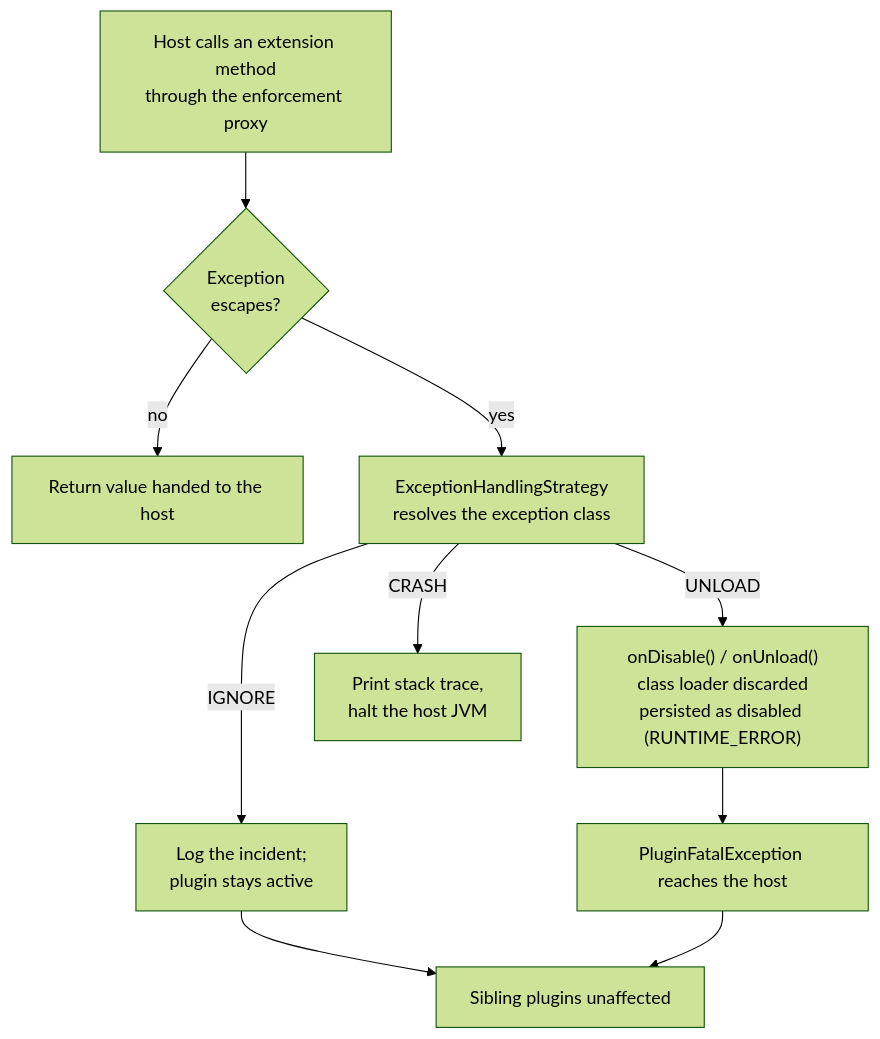
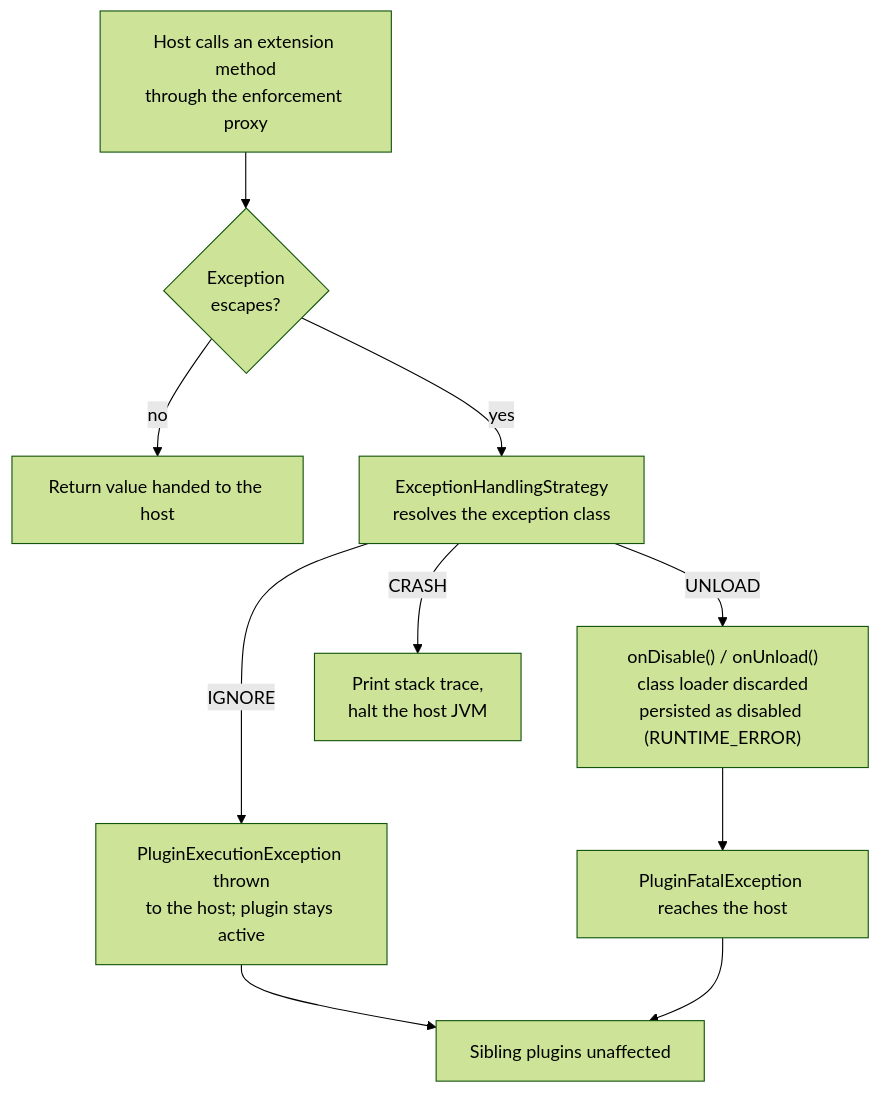
One commit to KleinerHacker/pluggiat changed the second of 2 diagrams in docs/docs/host-integration/plugin-lifecycle-management.md. Above: the diagram before and after it, drawn with Mermaid (forest theme). The commit also changed other lines of this file and 84 other files, not shown here.

````diff
--- a/docs/docs/host-integration/plugin-lifecycle-management.md
+++ b/docs/docs/host-integration/plugin-lifecycle-management.md
@@ -79,12 +106,12 @@
 ```mermaid
 flowchart TD
     Call["Host calls an extension method<br/>through the enforcement proxy"] --> Throw{"Exception<br/>escapes?"}
     Throw -->|no| Ok["Return value handed to the host"]
     Throw -->|yes| Resolve["ExceptionHandlingStrategy<br/>resolves the exception class"]
-    Resolve -->|IGNORE| Ignore["Log the incident;<br/>plugin stays active"]
+    Resolve -->|IGNORE| Ignore["PluginExecutionException thrown<br/>to the host; plugin stays active"]
     Resolve -->|UNLOAD| Unload["onDisable() / onUnload()<br/>class loader discarded<br/>persisted as disabled (RUNTIME_ERROR)"]
     Resolve -->|CRASH| Crash["Print stack trace,<br/>halt the host JVM"]
     Unload --> Fatal["PluginFatalException reaches the host"]
     Ignore --> Siblings["Sibling plugins unaffected"]
     Fatal --> Siblings
 ```
````
